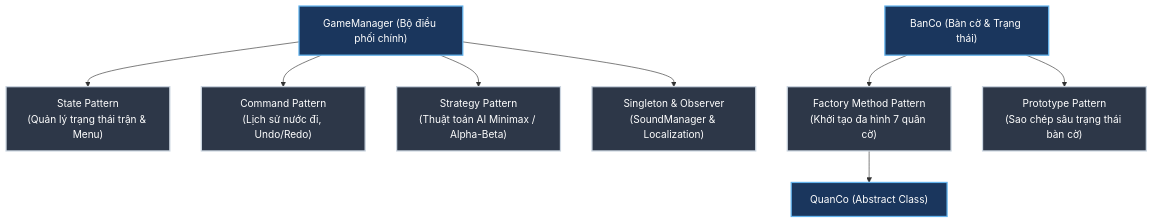
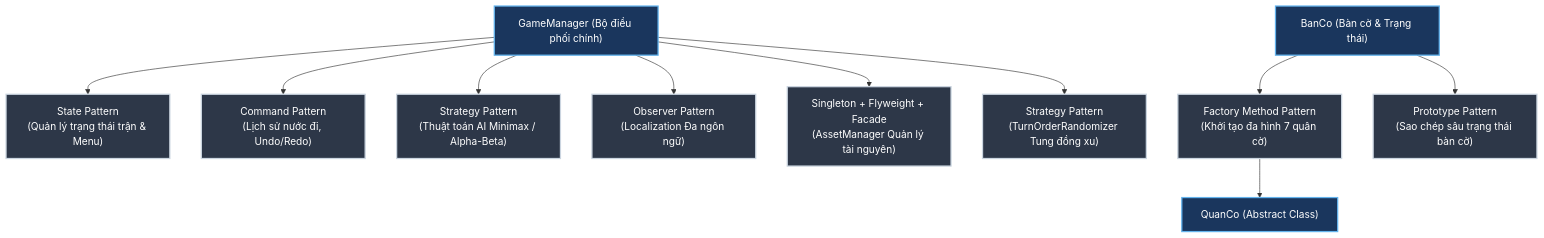
Before and after one commit to Micath2906/Chinese_chess_25CGD_HCMUS: the diagram in README.md, drawn with Mermaid. The commit also changed other lines of this file and 1 other file, not shown here.

Commit message:
docs: synchronize README and TODO with new asset architecture (T6)

````diff
--- a/README.md
+++ b/README.md
@@ -77,24 +80,28 @@
 ```mermaid
 flowchart TD
     classDef pattern fill:#2d3748,stroke:#cbd5e0,stroke-width:2px,color:#fff;
     classDef base fill:#1a365d,stroke:#63b3ed,stroke-width:2px,color:#fff;
 
     GameManager["GameManager (Bộ điều phối chính)"]:::base
     BanCo["BanCo (Bàn cờ & Trạng thái)"]:::base
     QuanCo["QuanCo (Abstract Class)"]:::base
 
     P1["State Pattern\n(Quản lý trạng thái trận & Menu)"]:::pattern
     P2["Command Pattern\n(Lịch sử nước đi, Undo/Redo)"]:::pattern
     P3["Strategy Pattern\n(Thuật toán AI Minimax / Alpha-Beta)"]:::pattern
     P4["Factory Method Pattern\n(Khởi tạo đa hình 7 quân cờ)"]:::pattern
     P5["Prototype Pattern\n(Sao chép sâu trạng thái bàn cờ)"]:::pattern
-    P6["Singleton & Observer\n(SoundManager & Localization)"]:::pattern
+    P6["Observer Pattern\n(Localization Đa ngôn ngữ)"]:::pattern
+    P7["Singleton + Flyweight + Facade\n(AssetManager Quản lý tài nguyên)"]:::pattern
+    P8["Strategy Pattern\n(TurnOrderRandomizer Tung đồng xu)"]:::pattern
 
     GameManager --> P1
     GameManager --> P2
     GameManager --> P3
     GameManager --> P6
+    GameManager --> P7
+    GameManager --> P8
     BanCo --> P4
     BanCo --> P5
     P4 --> QuanCo
 ```
````
